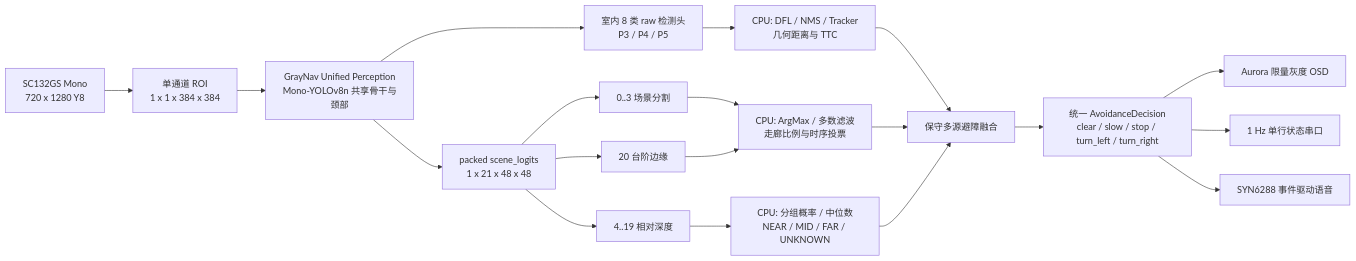
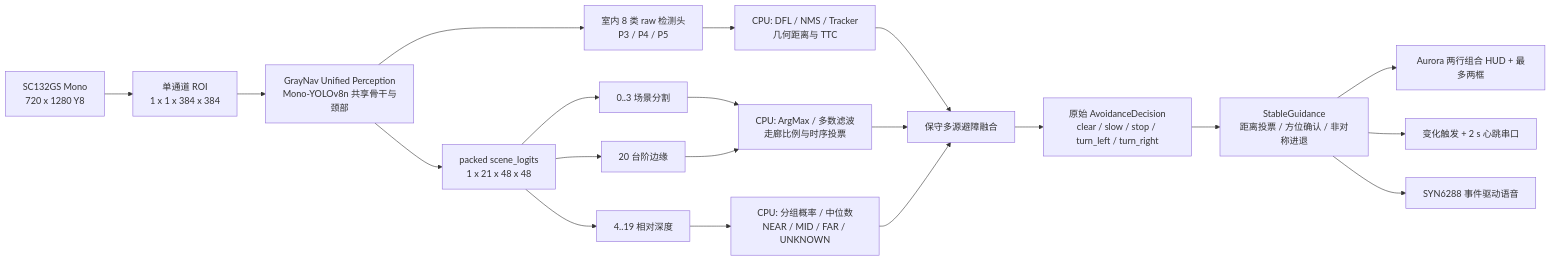
One commit to daiyonglin/graynav-obstacle-detect changed the diagram in README.md. Above: the diagram before and after it, drawn with Mermaid. The commit also changed other lines of this file and 2 other files, not shown here.

````diff
--- a/README.md
+++ b/README.md
@@ -26,26 +28,27 @@
 ```mermaid
 flowchart LR
     CAM["SC132GS Mono<br/>720 x 1280 Y8"] --> PRE["单通道 ROI<br/>1 x 1 x 384 x 384"]
     PRE --> NET["GrayNav Unified Perception<br/>Mono-YOLOv8n 共享骨干与颈部"]
 
     NET --> DET["室内 8 类 raw 检测头<br/>P3 / P4 / P5"]
     NET --> PACK["packed scene_logits<br/>1 x 21 x 48 x 48"]
 
     PACK --> SEG["0..3 场景分割"]
     PACK --> DEP["4..19 相对深度"]
     PACK --> EDGE["20 台阶边缘"]
 
     DET --> DPOST["CPU: DFL / NMS / Tracker<br/>几何距离与 TTC"]
     SEG --> SPOST["CPU: ArgMax / 多数滤波<br/>走廊比例与时序投票"]
     DEP --> ZPOST["CPU: 分组概率 / 中位数<br/>NEAR / MID / FAR / UNKNOWN"]
     EDGE --> SPOST
 
     DPOST --> FUSE["保守多源避障融合"]
     SPOST --> FUSE
     ZPOST --> FUSE
 
-    FUSE --> DEC["统一 AvoidanceDecision<br/>clear / slow / stop / turn_left / turn_right"]
-    DEC --> OSD["Aurora 限量灰度 OSD"]
-    DEC --> SERIAL["1 Hz 单行状态串口"]
-    DEC --> VOICE["SYN6288 事件驱动语音"]
+    FUSE --> DEC["原始 AvoidanceDecision<br/>clear / slow / stop / turn_left / turn_right"]
+    DEC --> STABLE["StableGuidance<br/>距离投票 / 方位确认 / 非对称进退"]
+    STABLE --> OSD["Aurora 两行组合 HUD + 最多两框"]
+    STABLE --> SERIAL["变化触发 + 2 s 心跳串口"]
+    STABLE --> VOICE["SYN6288 事件驱动语音"]
 ```
````
